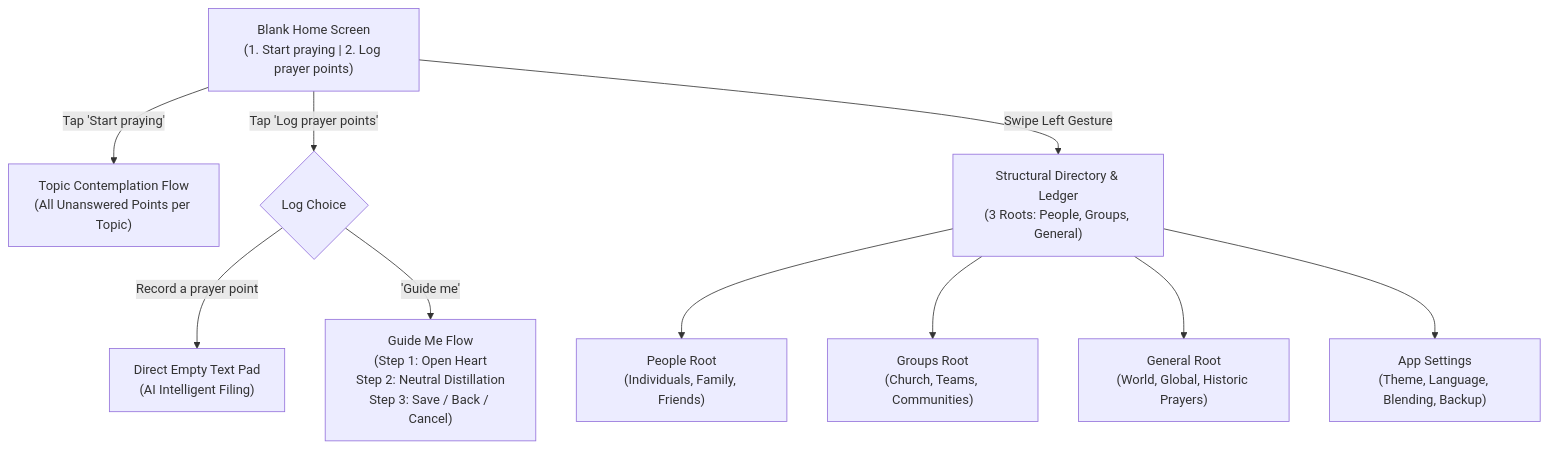
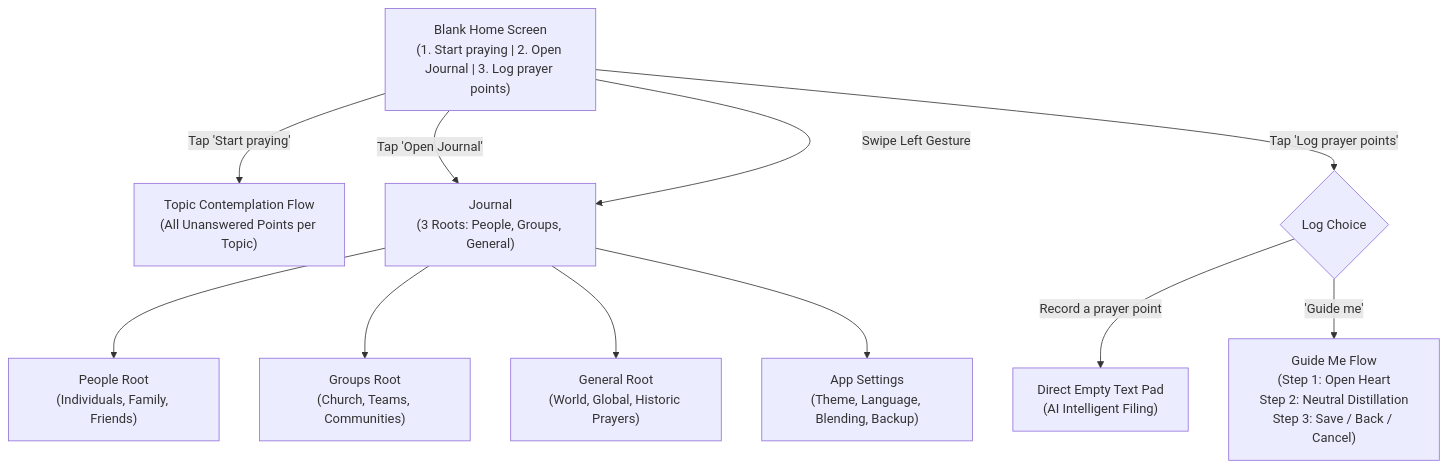
One commit to iamenianc/Prayer changed the first of 3 diagrams in UX.md. Above: the diagram before and after it, drawn with Mermaid. The commit also changed other lines of this file and 4 other files, not shown here.

Commit message:
UI & Navigation: Add Open Journal to startup menu and rename ledger to Journal

````diff
--- a/UX.md
+++ b/UX.md
@@ -52,16 +52,17 @@
 ```mermaid
 graph TD
-    Home["Blank Home Screen<br/>(1. Start praying | 2. Log prayer points)"]
+    Home["Blank Home Screen<br/>(1. Start praying | 2. Open Journal | 3. Log prayer points)"]
     
     Home -->|"Tap 'Start praying'"| PraySession["Topic Contemplation Flow<br/>(All Unanswered Points per Topic)"]
+    Home -->|"Tap 'Open Journal'"| Journal["Journal<br/>(3 Roots: People, Groups, General)"]
     Home -->|"Tap 'Log prayer points'"| LogChoice{"Log Choice"}
-    Home -->|"Swipe Left Gesture"| Directory["Structural Directory & Ledger<br/>(3 Roots: People, Groups, General)"]
+    Home -->|"Swipe Left Gesture"| Journal
     
     LogChoice -->|"Record a prayer point"| DirectCapture["Direct Empty Text Pad<br/>(AI Intelligent Filing)"]
     LogChoice -->|"'Guide me'"| GuideMeFlow["Guide Me Flow<br/>(Step 1: Open Heart<br/>Step 2: Neutral Distillation<br/>Step 3: Save / Back / Cancel)"]
     
-    Directory --> PeopleRoot["People Root<br/>(Individuals, Family, Friends)"]
-    Directory --> GroupsRoot["Groups Root<br/>(Church, Teams, Communities)"]
-    Directory --> GeneralRoot["General Root<br/>(World, Global, Historic Prayers)"]
-    Directory --> Settings["App Settings<br/>(Theme, Language, Blending, Backup)"]
+    Journal --> PeopleRoot["People Root<br/>(Individuals, Family, Friends)"]
+    Journal --> GroupsRoot["Groups Root<br/>(Church, Teams, Communities)"]
+    Journal --> GeneralRoot["General Root<br/>(World, Global, Historic Prayers)"]
+    Journal --> Settings["App Settings<br/>(Theme, Language, Blending, Backup)"]
 ```
````
